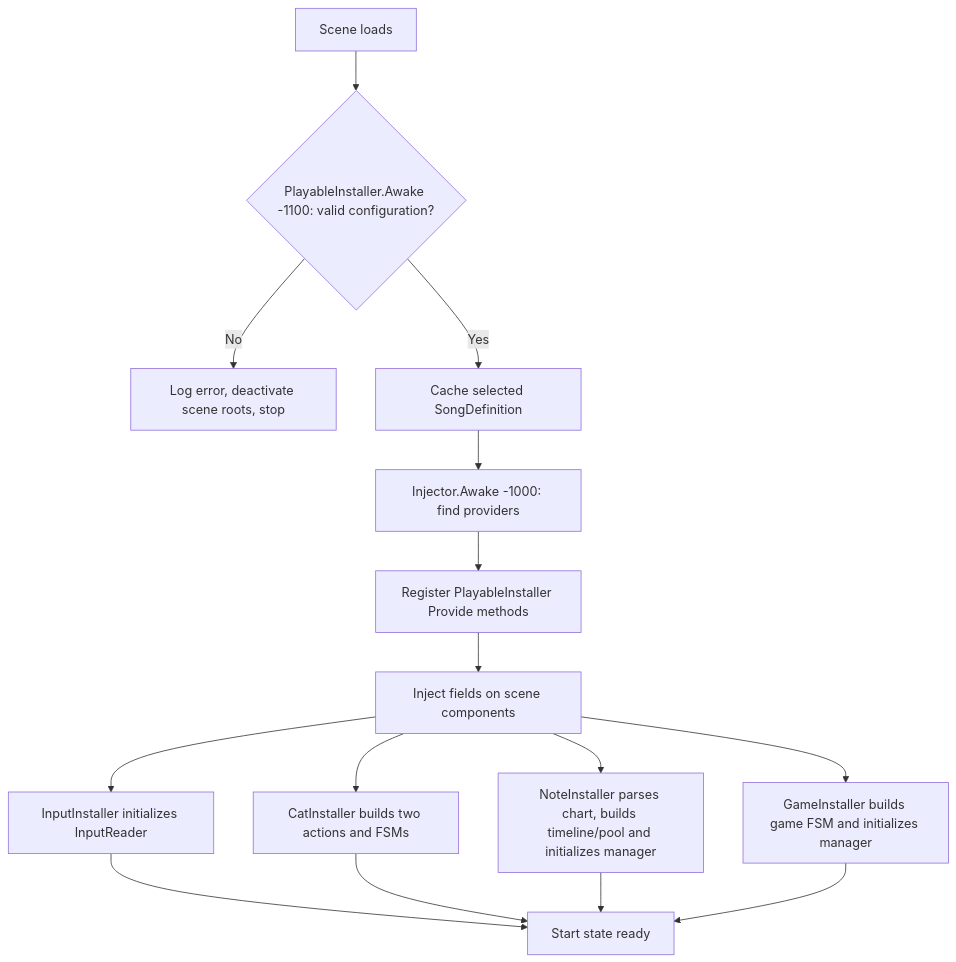
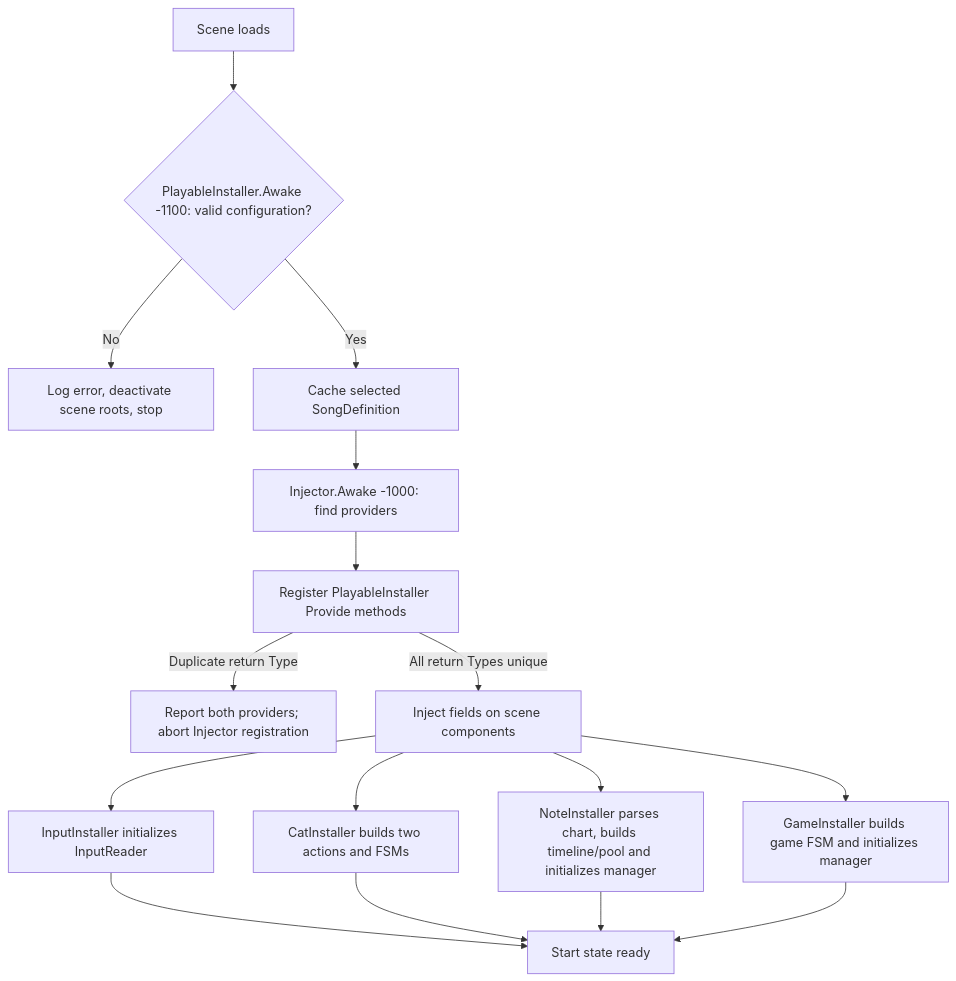
One commit to Quochung2497/Case-study-Duet-Cats changed the second of 15 diagrams in doc/SYSTEM_FLOWS.md. Above: the diagram before and after it, drawn with Mermaid. The commit also changed other lines of this file and 5 other files, not shown here.

Commit message:
fix: reject duplicate DI providers and update setup/layout docs

````diff
--- a/doc/SYSTEM_FLOWS.md
+++ b/doc/SYSTEM_FLOWS.md
@@ -49,17 +49,18 @@
 ```mermaid
 flowchart TD
     A["Scene loads"] --> J{"PlayableInstaller.Awake -1100: valid configuration?"}
     J -->|No| K["Log error, deactivate scene roots, stop"]
     J -->|Yes| L["Cache selected SongDefinition"]
     L --> B["Injector.Awake -1000: find providers"]
     B --> C["Register PlayableInstaller Provide methods"]
-    C --> D["Inject fields on scene components"]
+    C -->|Duplicate return Type| M["Report both providers; abort Injector registration"]
+    C -->|All return Types unique| D["Inject fields on scene components"]
     D --> E["InputInstaller initializes InputReader"]
     D --> F["CatInstaller builds two actions and FSMs"]
     D --> G["NoteInstaller parses chart, builds timeline/pool and initializes manager"]
     D --> H["GameInstaller builds game FSM and initializes manager"]
     E --> I["Start state ready"]
     F --> I
     G --> I
     H --> I
 ```
````
